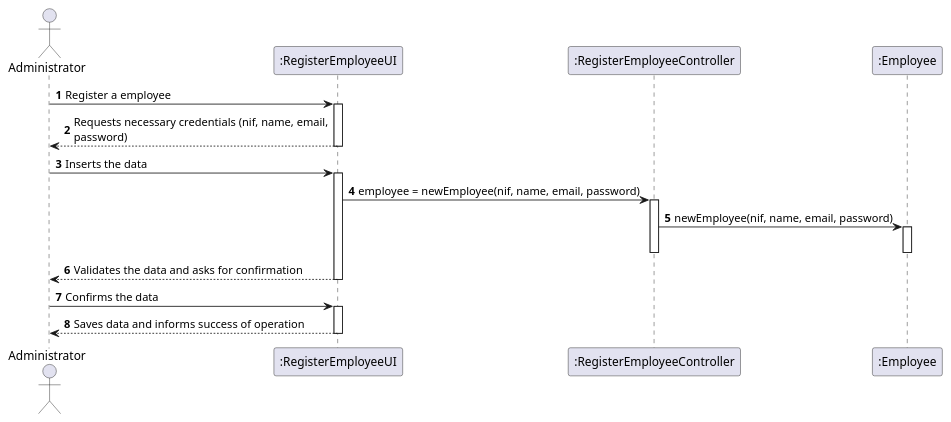
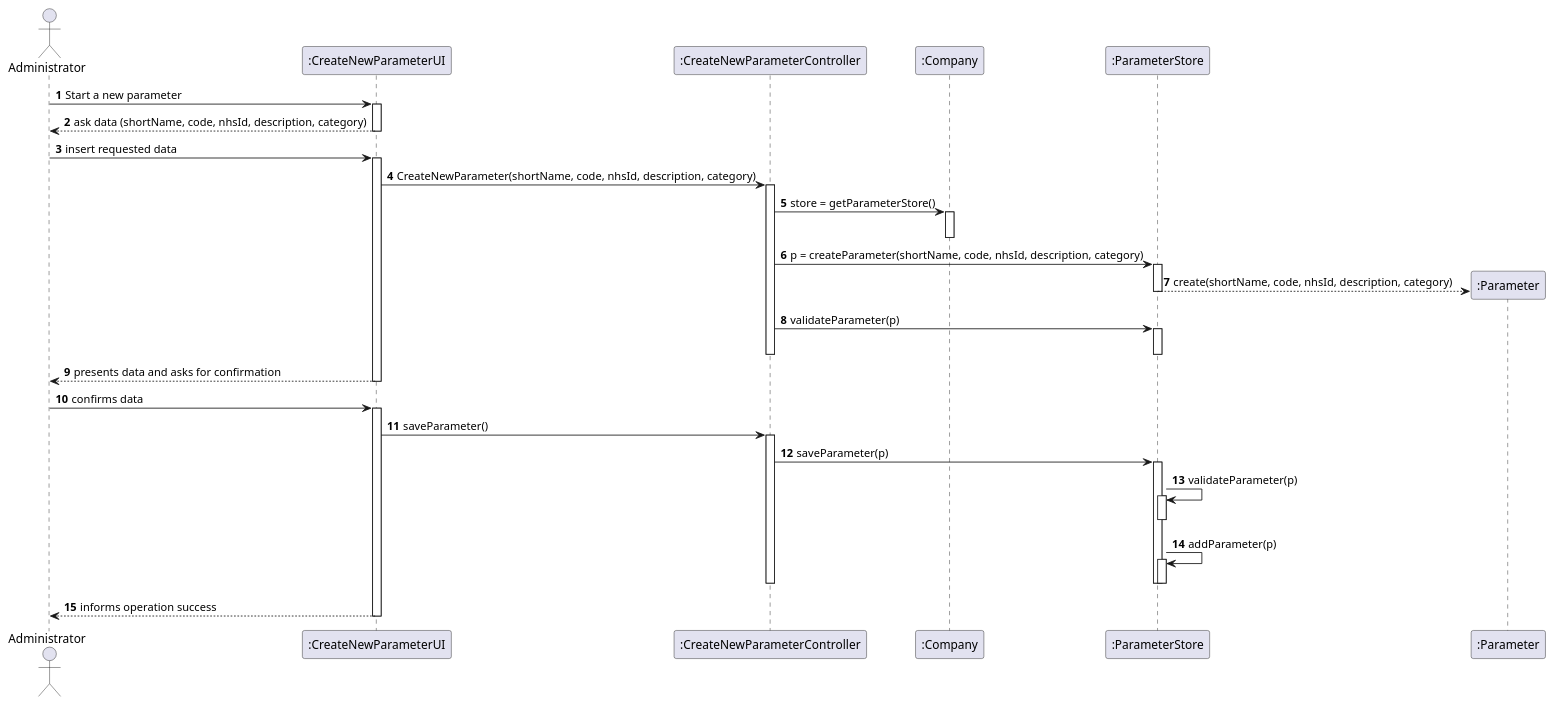
One commit to GuilhermeCunha79/lapr2 changed the diagram in docs/SprintB/US10/UC10_SD.puml. Above: the diagram before and after it, drawn with PlantUML. The commit also changed 10 other files, not shown here.

```diff
--- a/docs/SprintB/US10/UC10_SD.puml
+++ b/docs/SprintB/US10/UC10_SD.puml
@@ -1,33 +1,52 @@
 @startuml
 autonumber
 'hide footbox
 actor "Administrator" as ADMIN
 
-participant ":RegisterEmployeeUI" as UI
-participant ":RegisterEmployeeController" as CTRL
-participant ":Employee" as E
+participant ":CreateNewParameterUI" as UI
+participant ":CreateNewParameterController" as CTRL
+participant ":Company" as COMP
+participant ":ParameterStore" as PS
+participant ":Parameter" as P
 
 
-ADMIN -> UI : Register a employee
+
+ADMIN -> UI : Start a new parameter
 activate UI
-    UI --> ADMIN : Requests necessary credentials (nif, name, email,\npassword)
+UI --> ADMIN : ask data (shortName, code, nhsId, description, category)
 deactivate UI
-
-ADMIN -> UI : Inserts the data
+ADMIN -> UI : insert requested data
 activate UI
-    UI -> CTRL : employee = newEmployee(nif, name, email, password)
+    UI -> CTRL : CreateNewParameter(shortName, code, nhsId, description, category)
     activate CTRL
-
-        CTRL -> E: newEmployee(nif, name, email, password)
-        activate E
-        deactivate E
+        CTRL -> COMP : store = getParameterStore()
+        activate COMP
+        deactivate COMP
+        CTRL -> PS : p = createParameter(shortName, code, nhsId, description, category)
+        activate PS
+            PS --> P** : create(shortName, code, nhsId, description, category)
+        deactivate PS
+        CTRL -> PS : validateParameter(p)
+        activate PS
+        deactivate PS
     deactivate CTRL
-    UI --> ADMIN : Validates the data and asks for confirmation
+    UI --> ADMIN : presents data and asks for confirmation
 deactivate UI
-
-ADMIN -> UI : Confirms the data
+ADMIN -> UI : confirms data
 activate UI
-    UI --> ADMIN : Saves data and informs success of operation
+    UI -> CTRL : saveParameter()
+    activate CTRL
+        CTRL -> PS : saveParameter(p)
+        activate PS
+            PS -> PS : validateParameter(p)
+            activate PS
+            deactivate PS
+            PS -> PS : addParameter(p)
+            activate PS
+            deactivate PS
+        deactivate PS
+    deactivate CTRL
+    UI --> ADMIN : informs operation success
 deactivate UI
 
 @enduml
```
